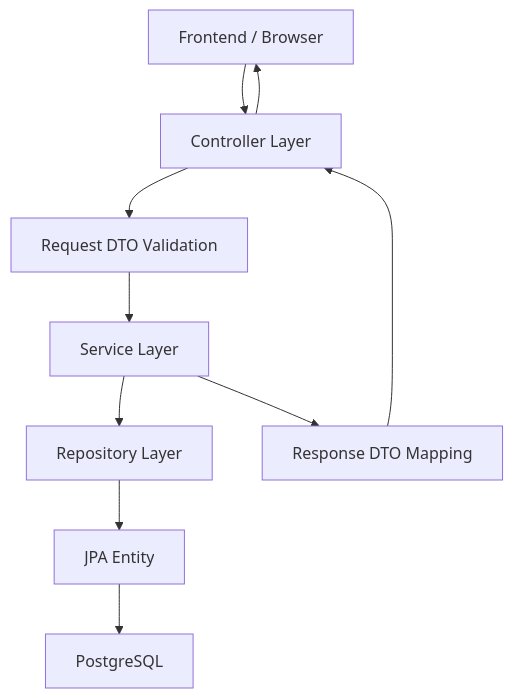
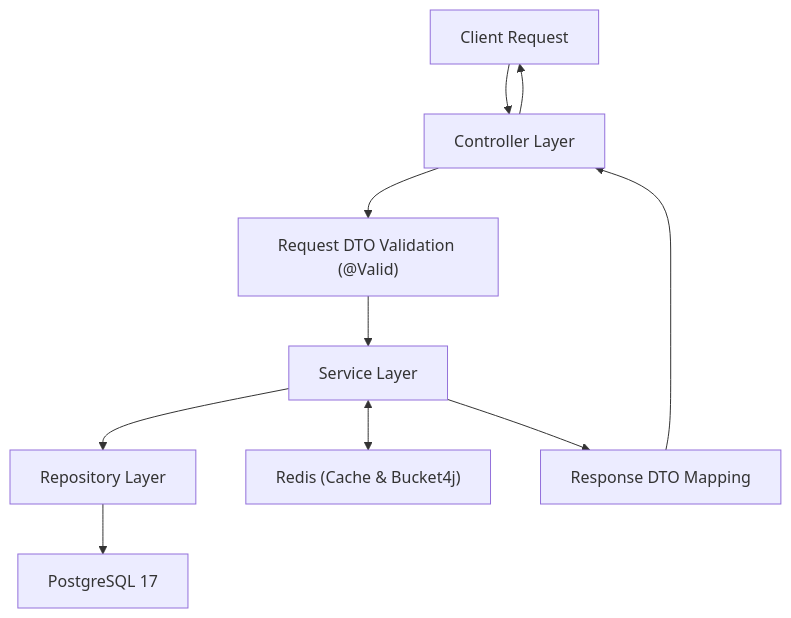
The first of 3 diagrams in docs/02-kien-truc-backend.md (phananhkhang/Ladux), drawn with Mermaid before and after one commit. The commit also changed other lines of this file, not shown here.

````diff
--- a/docs/02-kien-truc-backend.md
+++ b/docs/02-kien-truc-backend.md
@@ -31,12 +63,12 @@
 ```mermaid
 flowchart TD
-    Client["Frontend / Browser"] --> Controller["Controller Layer"]
-    Controller --> DTO["Request DTO Validation"]
+    Client["Client Request"] --> Controller["Controller Layer"]
+    Controller --> DTO["Request DTO Validation (@Valid)"]
     DTO --> Service["Service Layer"]
-    Service --> Repository["Repository Layer"]
-    Repository --> Entity["JPA Entity"]
-    Entity --> DB["PostgreSQL"]
+    Service --> Repos["Repository Layer"]
+    Repos --> DB["PostgreSQL 17"]
+    Service <--> Redis["Redis (Cache & Bucket4j)"]
     Service --> ResponseDTO["Response DTO Mapping"]
     ResponseDTO --> Controller
     Controller --> Client
 ```
````
